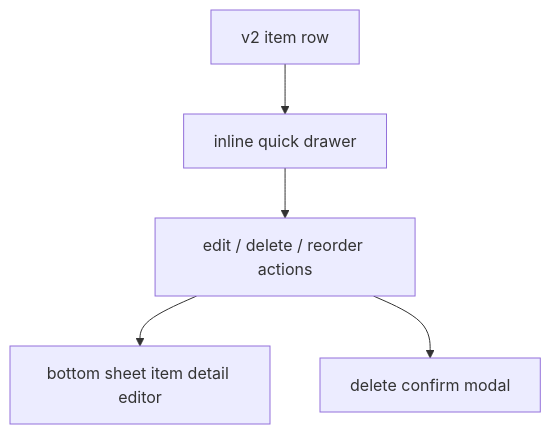
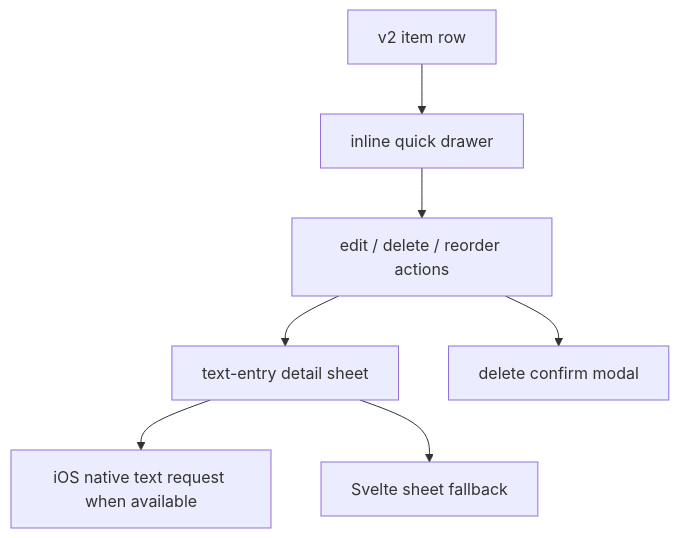
One commit to U-Keun/Tickly changed the diagram in docs/v2-notes/002-item-detail-sheet-direction.md. Above: the diagram before and after it, drawn with Mermaid. The commit also changed other lines of this file and 41 other files, not shown here.

````diff
--- a/docs/v2-notes/002-item-detail-sheet-direction.md
+++ b/docs/v2-notes/002-item-detail-sheet-direction.md
@@ -11,7 +11,9 @@
 ```mermaid
 flowchart TB
   Row["v2 item row"] --> Drawer["inline quick drawer"]
   Drawer --> QuickActions["edit / delete / reorder actions"]
-  QuickActions --> Sheet["bottom sheet item detail editor"]
+  QuickActions --> Sheet["text-entry detail sheet"]
+  Sheet --> Native["iOS native text request when available"]
+  Sheet --> Web["Svelte sheet fallback"]
   QuickActions --> Confirm["delete confirm modal"]
 ```
````
